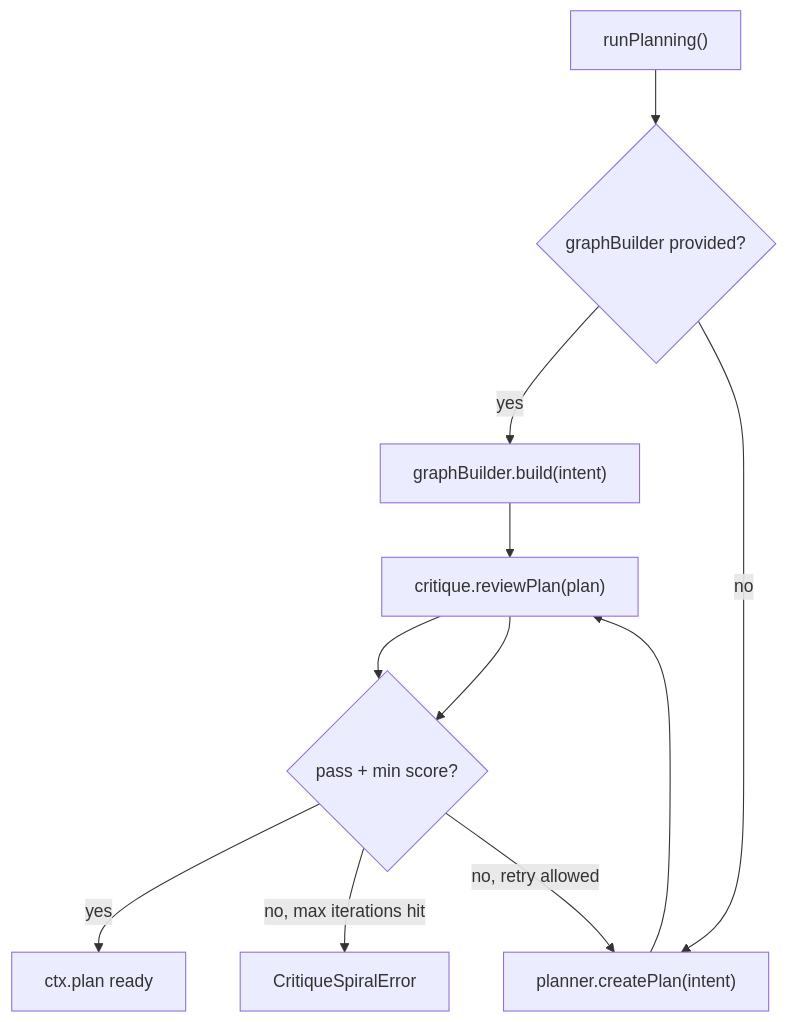
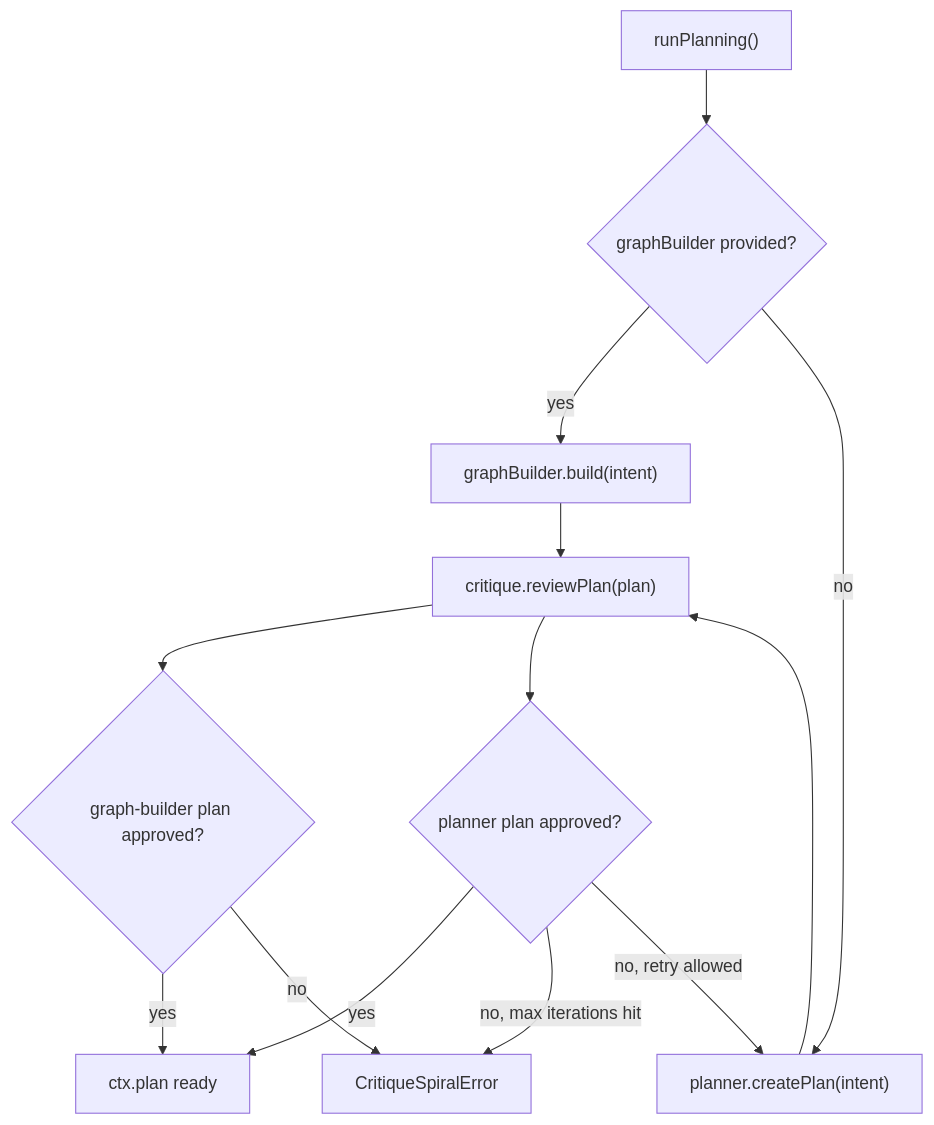
One commit to djm204/frankenbeast changed the third of 18 diagrams in docs/DATA_FLOW.md. Above: the diagram before and after it, drawn with Mermaid. The commit also changed other lines of this file and 1 other file, not shown here.

Commit message:
docs: clarify remaining architecture review notes

````diff
--- a/docs/DATA_FLOW.md
+++ b/docs/DATA_FLOW.md
@@ -136,18 +136,21 @@
 ```mermaid
 flowchart TD
     Start["runPlanning()"]
     GraphBuilder{"graphBuilder provided?"}
     GB["graphBuilder.build(intent)"]
     Planner["planner.createPlan(intent)"]
     Critique["critique.reviewPlan(plan)"]
-    Approved{"pass + min score?"}
+    GBApproved{"graph-builder plan approved?"}
+    PlannerApproved{"planner plan approved?"}
     Spiral["CritiqueSpiralError"]
     PlanReady["ctx.plan ready"]
 
     Start --> GraphBuilder
-    GraphBuilder -->|yes| GB --> Critique --> Approved
-    GraphBuilder -->|no| Planner --> Critique --> Approved
-    Approved -->|yes| PlanReady
-    Approved -->|no, max iterations hit| Spiral
-    Approved -->|no, retry allowed| Planner
+    GraphBuilder -->|yes| GB --> Critique --> GBApproved
+    GraphBuilder -->|no| Planner --> Critique --> PlannerApproved
+    GBApproved -->|yes| PlanReady
+    GBApproved -->|no| Spiral
+    PlannerApproved -->|yes| PlanReady
+    PlannerApproved -->|no, max iterations hit| Spiral
+    PlannerApproved -->|no, retry allowed| Planner
 ```
````
